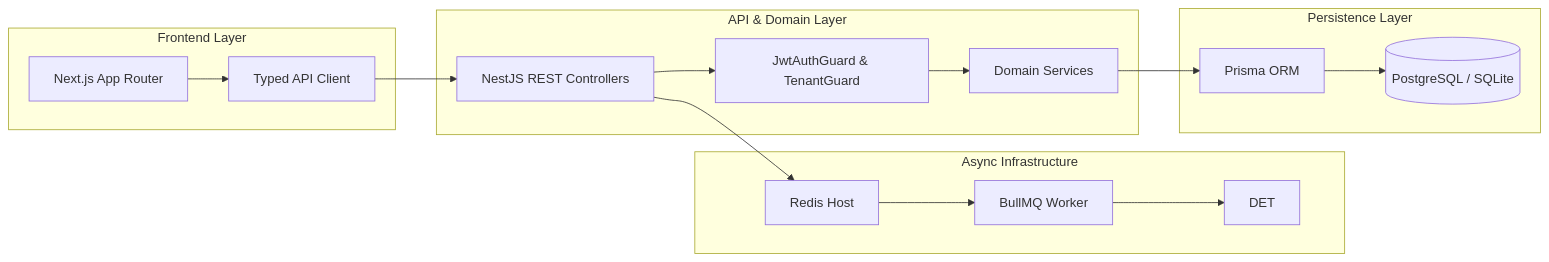
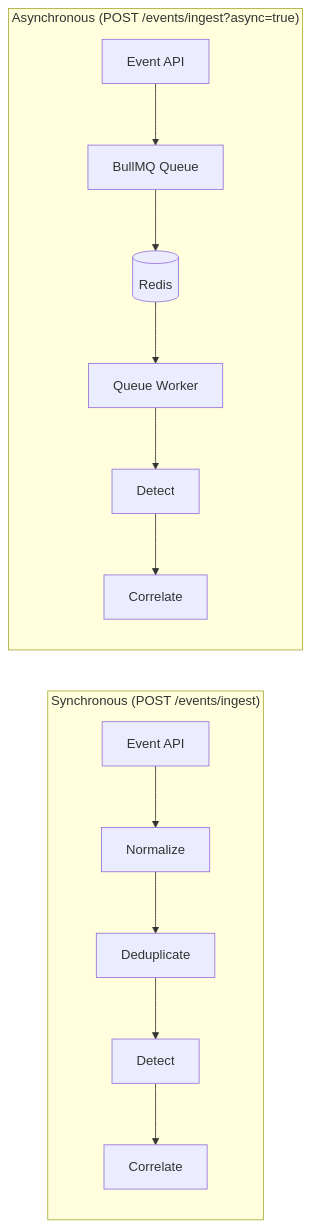
Before and after one commit to hickytani/threat: the second of 2 diagrams in README.md, drawn with Mermaid. The commit also changed other lines of this file, not shown here.

Commit message:
docs: optimize README for hiring signal - architecture, security model, and code navigation

````diff
--- a/README.md
+++ b/README.md
@@ -32,23 +47,12 @@
 ```mermaid
 graph LR
-    subgraph Frontend Layer
-        WEB[Next.js App Router] --> CLI[Typed API Client]
+    subgraph "Synchronous (POST /events/ingest)"
+        A[Event API] --> B[Normalize] --> C[Deduplicate] --> D[Detect] --> E[Correlate]
     end
-
-    subgraph API & Domain Layer
-        CLI --> API[NestJS REST Controllers]
-        API --> GRD[JwtAuthGuard & TenantGuard]
-        GRD --> SVC[Domain Services]
-    end
-
-    subgraph Async Infrastructure
-        API --> RED[Redis Host]
-        RED --> BMQ[BullMQ Worker]
-        BMQ --> DET
-    end
-
-    subgraph Persistence Layer
-        SVC --> PRM[Prisma ORM]
-        PRM --> DB[(PostgreSQL / SQLite)]
+    subgraph "Asynchronous (POST /events/ingest?async=true)"
+        F[Event API] --> G[BullMQ Queue]
+        G --> H[(Redis)]
+        H --> I[Queue Worker]
+        I --> J[Detect] --> K[Correlate]
     end
 ```
````
